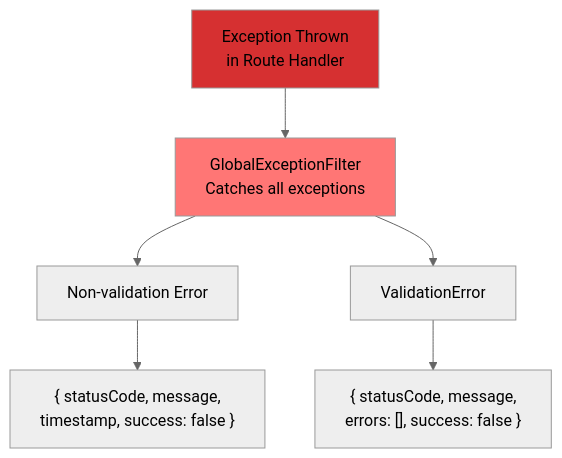
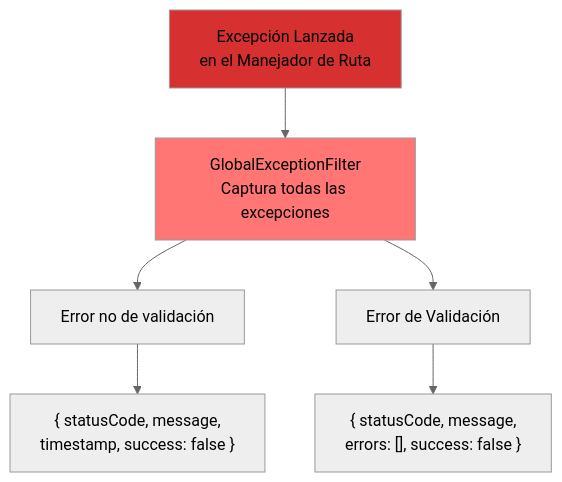
The ninth of 14 diagrams in docs-post-message/docs/backend/architecture/overview.md (Byroncl/laboratory-reviews), drawn with Mermaid (neutral theme) before and after one commit. The commit also changed other lines of this file and 17 other files, not shown here.

Commit message:
refactor: implement clean architecture patterns with domains, repositories, use cases, constants, and comprehensive tests

````diff
--- a/docs-post-message/docs/backend/architecture/overview.md
+++ b/docs-post-message/docs/backend/architecture/overview.md
@@ -247,20 +247,20 @@
 ```mermaid
 graph TB
-    Error["Exception Thrown<br/>in Route Handler"]
-    Filter["GlobalExceptionFilter<br/>Catches all exceptions"]
+    Error["Excepción Lanzada<br/>en el Manejador de Ruta"]
+    Filter["GlobalExceptionFilter<br/>Captura todas las excepciones"]
     
-    NotValidation["Non-validation Error"]
-    ValidationError["ValidationError"]
+    NotValidation["Error no de validación"]
+    ValidationError["Error de Validación"]
     
     Response1["{ statusCode, message,<br/>timestamp, success: false }"]
     Response2["{ statusCode, message,<br/>errors: [], success: false }"]
     
     Error --> Filter
     Filter --> NotValidation
     Filter --> ValidationError
     NotValidation --> Response1
     ValidationError --> Response2
     
     style Error fill:#d63031
     style Filter fill:#ff7675
 ```
````
